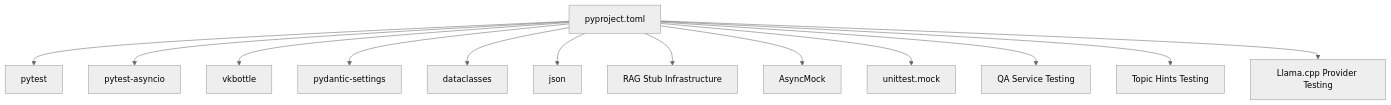
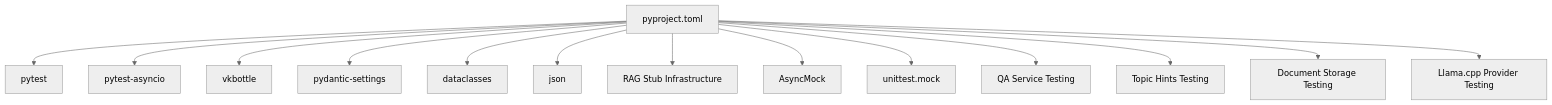
Before and after one commit to ognelis/cafetera_hr_bot: the third of 3 diagrams in .qoder/repowiki/en/content/Testing Strategy.md, drawn with Mermaid (neutral theme). The commit also changed other lines of this file and 9 other files, not shown here.

````diff
--- a/.qoder/repowiki/en/content/Testing Strategy.md
+++ b/.qoder/repowiki/en/content/Testing Strategy.md
@@ -611,28 +682,30 @@
 ```mermaid
 graph TB
 PY["pyproject.toml"]
 P["pytest"]
 PA["pytest-asyncio"]
 VK["vkbottle"]
 PS["pydantic-settings"]
 DC["dataclasses"]
 JSON["json"]
 RS["RAG Stub Infrastructure"]
 AM["AsyncMock"]
 UM["unittest.mock"]
 QA["QA Service Testing"]
 TH["Topic Hints Testing"]
+DS["Document Storage Testing"]
 LP["Llama.cpp Provider Testing"]
 PY --> P
 PY --> PA
 PY --> VK
 PY --> PS
 PY --> DC
 PY --> JSON
 PY --> RS
 PY --> AM
 PY --> UM
 PY --> QA
 PY --> TH
+PY --> DS
 PY --> LP
 ```
````
